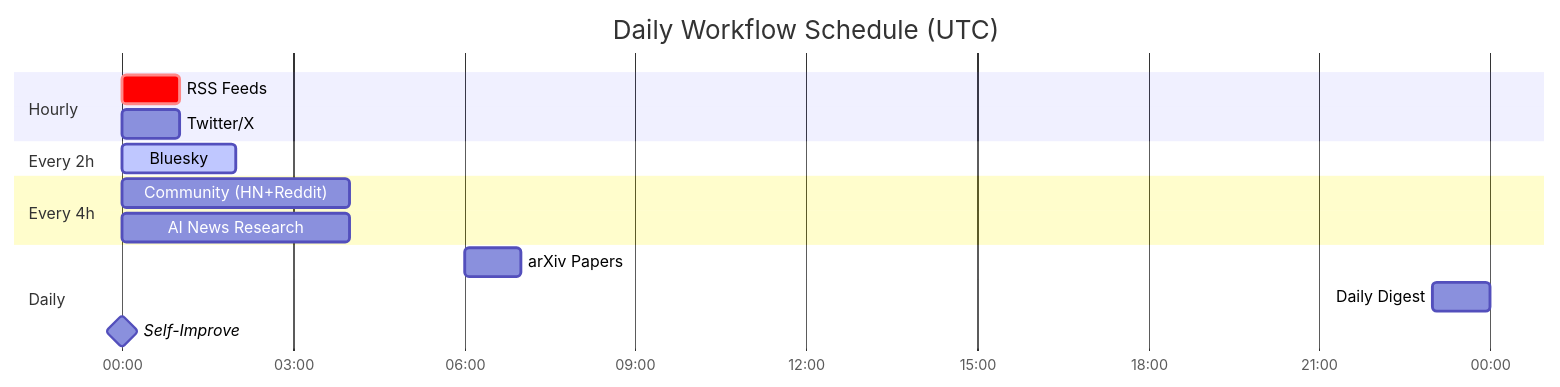
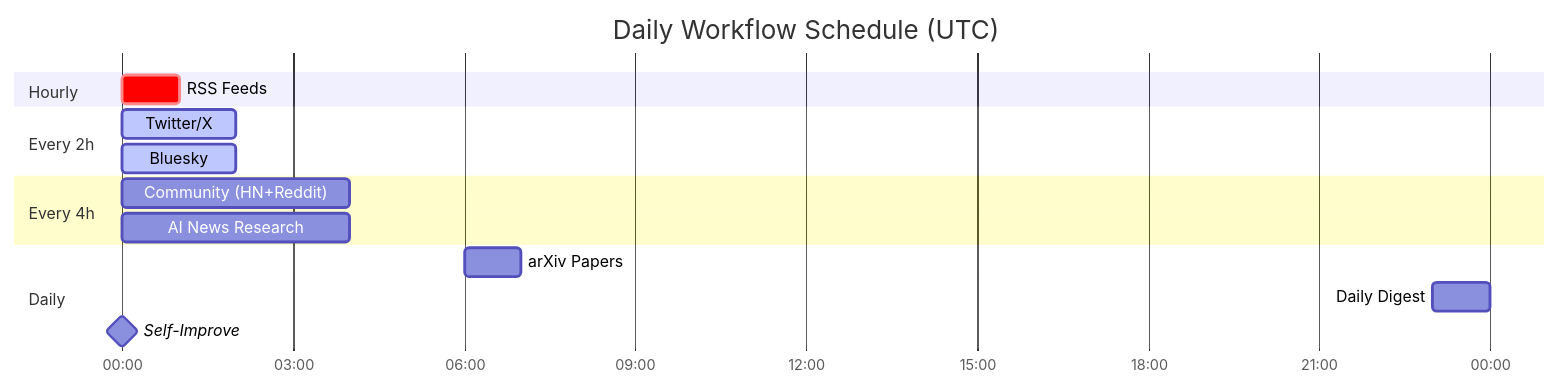
The second of 2 diagrams in README.md (guzus/ai-research-arm), drawn with Mermaid before and after one commit. The commit also changed other lines of this file, not shown here.

First line of the commit message:
Update README: Twitter/X now every 2h with 33 accounts and bird CLI

````diff
--- a/README.md
+++ b/README.md
@@ -71,22 +72,22 @@
 ```mermaid
 gantt
     title Daily Workflow Schedule (UTC)
     dateFormat HH:mm
     axisFormat %H:%M
 
     section Hourly
     RSS Feeds           :crit, 00:00, 1h
-    Twitter/X           :00:00, 1h
 
     section Every 2h
+    Twitter/X           :active, 00:00, 2h
     Bluesky             :active, 00:00, 2h
 
     section Every 4h
     Community (HN+Reddit) :00:00, 4h
     AI News Research    :00:00, 4h
 
     section Daily
     arXiv Papers        :06:00, 1h
     Daily Digest        :23:00, 1h
     Self-Improve        :milestone, 00:00, 0h
 ```
````
